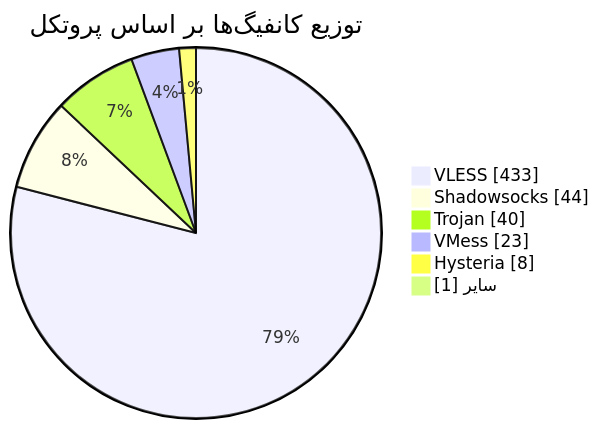
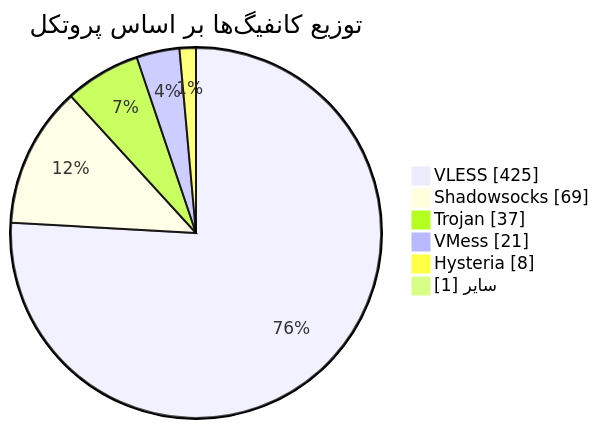
The diagram in README.md (Arian-Alijani/Somthing), drawn with Mermaid before and after one commit. The commit also changed other lines of this file and 77 other files, not shown here.

````diff
--- a/README.md
+++ b/README.md
@@ -48,10 +48,10 @@
 ```mermaid
 pie showData
     title توزیع کانفیگ‌ها بر اساس پروتکل
-    "VLESS" : 433
-    "Shadowsocks" : 44
-    "Trojan" : 40
-    "VMess" : 23
+    "VLESS" : 425
+    "Shadowsocks" : 69
+    "Trojan" : 37
+    "VMess" : 21
     "Hysteria" : 8
     "سایر" : 1
 ```
````
